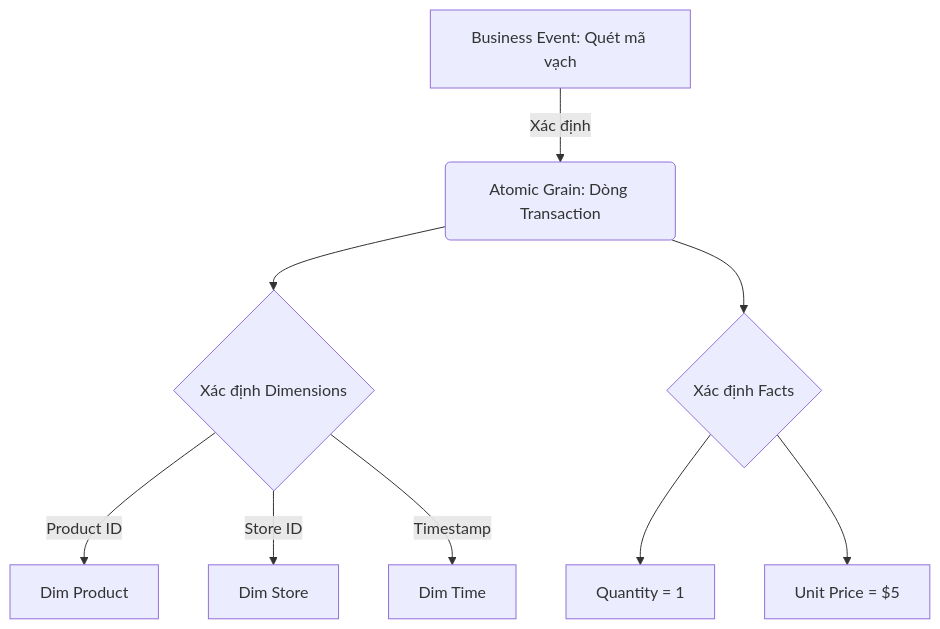
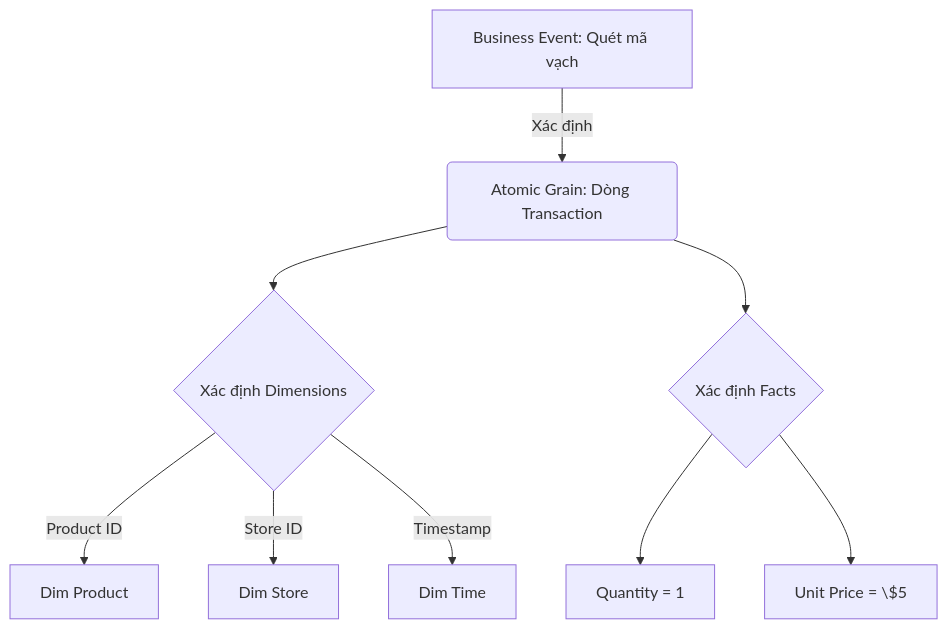
Before and after one commit to kythuatdulieu/kythuatdulieu.github.io: the diagram in src/content/docs/concepts/6-data-modeling-transformation/grain.md, drawn with Mermaid. The commit also changed 190 other files, not shown here.

Commit message:
fix: resolve mermaid syntax, math rendering, and metadata issues from content rewrite

````diff
--- a/src/content/docs/concepts/6-data-modeling-transformation/grain.md
+++ b/src/content/docs/concepts/6-data-modeling-transformation/grain.md
@@ -25,12 +25,12 @@
 ```mermaid
 graph TD
     A["Business Event: Quét mã vạch"] -->|Xác định| B("Atomic Grain: Dòng Transaction")
     B --> C{"Xác định Dimensions"}
     C -->|Product ID| D["Dim Product"]
     C -->|Store ID| E["Dim Store"]
     C -->|Timestamp| F["Dim Time"]
     
     B --> G{"Xác định Facts"}
     G --> H["Quantity = 1"]
-    G --> I["Unit Price = $5"]
+    G --> I["Unit Price = \$5"]
 ```
````
